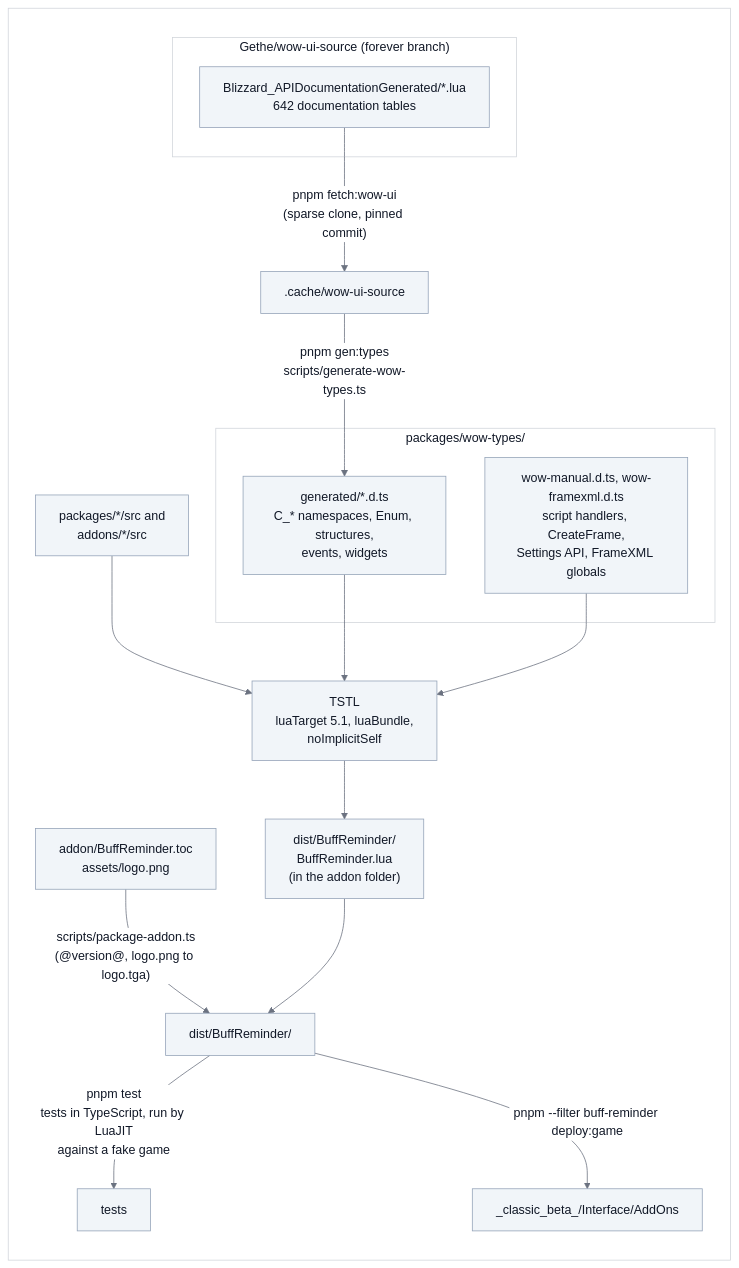
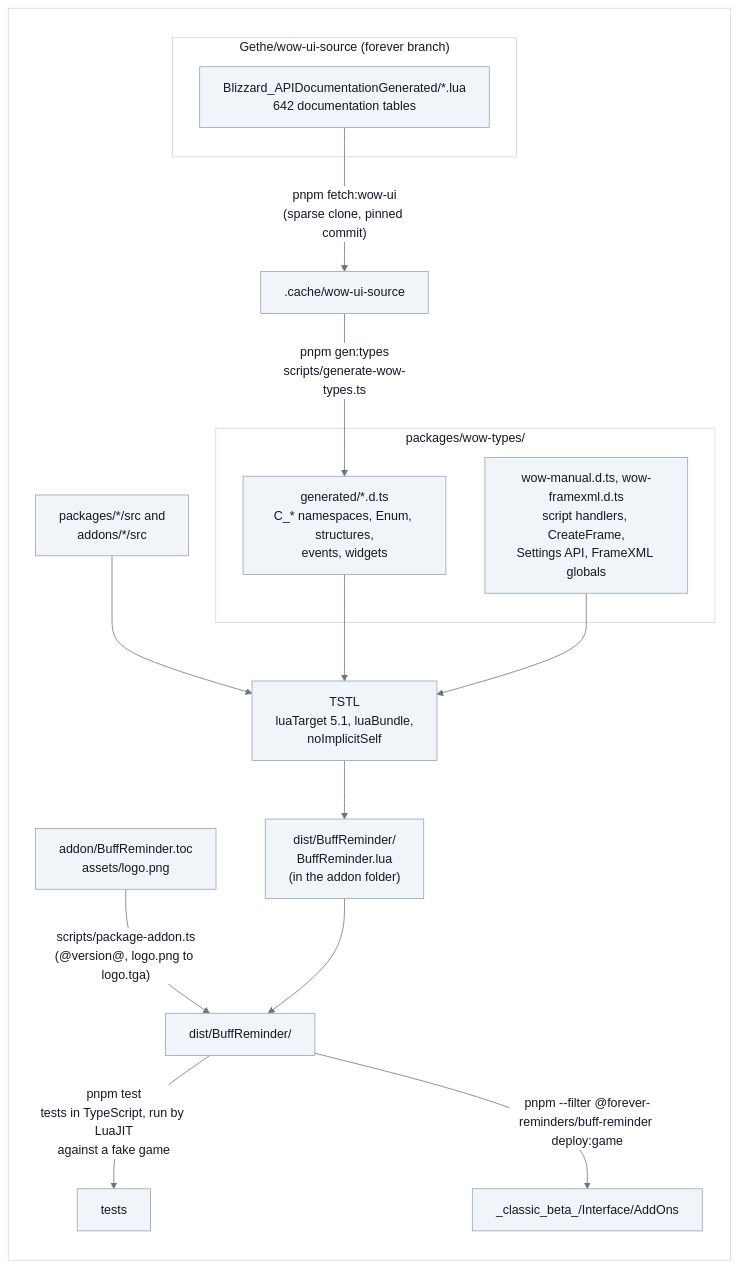
One commit to vattiss/wowkit changed the first of 7 diagrams in docs/architecture.md. Above: the diagram before and after it, drawn with Mermaid. The commit also changed 5 other files, not shown here.

First line of the commit message:
refactor: scope the addon packages as @forever-reminders/*

````diff
--- a/docs/architecture.md
+++ b/docs/architecture.md
@@ -43,29 +43,29 @@
 ```mermaid
 %%{init: {"theme":"base","themeVariables":{"background":"#ffffff","lineColor":"#6b7280","textColor":"#111827","primaryColor":"#f1f5f9","primaryTextColor":"#111827","primaryBorderColor":"#94a3b8","secondaryColor":"#e2e8f0","tertiaryColor":"#ffffff","mainBkg":"#f1f5f9","nodeBorder":"#94a3b8","nodeTextColor":"#111827","titleColor":"#111827","edgeLabelBackground":"#ffffff","labelBackground":"#ffffff","labelTextColor":"#111827","clusterBkg":"#ffffff","clusterBorder":"#d1d5db","classText":"#111827","actorBkg":"#f1f5f9","actorTextColor":"#111827","actorBorder":"#94a3b8","actorLineColor":"#6b7280","signalColor":"#374151","signalTextColor":"#111827","noteBkgColor":"#fef9c3","noteTextColor":"#111827","noteBorderColor":"#ca8a04"}}}%%
 flowchart LR
     classDef default fill:#f1f5f9,stroke:#94a3b8,color:#111827
     subgraph PANEL[" "]
         subgraph upstream["Gethe/wow-ui-source (forever branch)"]
             docs["Blizzard_APIDocumentationGenerated/*.lua<br/>642 documentation tables"]
         end
 
         subgraph typings["packages/wow-types/"]
             generated["generated/*.d.ts<br/>C_* namespaces, Enum, structures,<br/>events, widgets"]
             manual["wow-manual.d.ts, wow-framexml.d.ts<br/>script handlers, CreateFrame,<br/>Settings API, FrameXML globals"]
         end
 
         docs -- "pnpm fetch:wow-ui<br/>(sparse clone, pinned commit)" --> cache[".cache/wow-ui-source"]
         cache -- "pnpm gen:types<br/>scripts/generate-wow-types.ts" --> generated
 
         src["packages/*/src and<br/>addons/*/src"] --> tstl["TSTL<br/>luaTarget 5.1, luaBundle,<br/>noImplicitSelf"]
         generated --> tstl
         manual --> tstl
         tstl --> lua["dist/BuffReminder/<br/>BuffReminder.lua<br/>(in the addon folder)"]
         toc["addon/BuffReminder.toc<br/>assets/logo.png"] -- "scripts/package-addon.ts<br/>(@version@, logo.png to logo.tga)" --> dist["dist/BuffReminder/"]
         lua --> dist
         dist -- "pnpm test<br/>tests in TypeScript, run by LuaJIT<br/>against a fake game" --> smoke["tests"]
-        dist -- "pnpm --filter buff-reminder deploy:game" --> game["_classic_beta_/Interface/AddOns"]
+        dist -- "pnpm --filter @forever-reminders/buff-reminder deploy:game" --> game["_classic_beta_/Interface/AddOns"]
     end
     classDef panel fill:#ffffff,stroke:#d1d5db,color:#111827
     class PANEL panel
 ```
````
